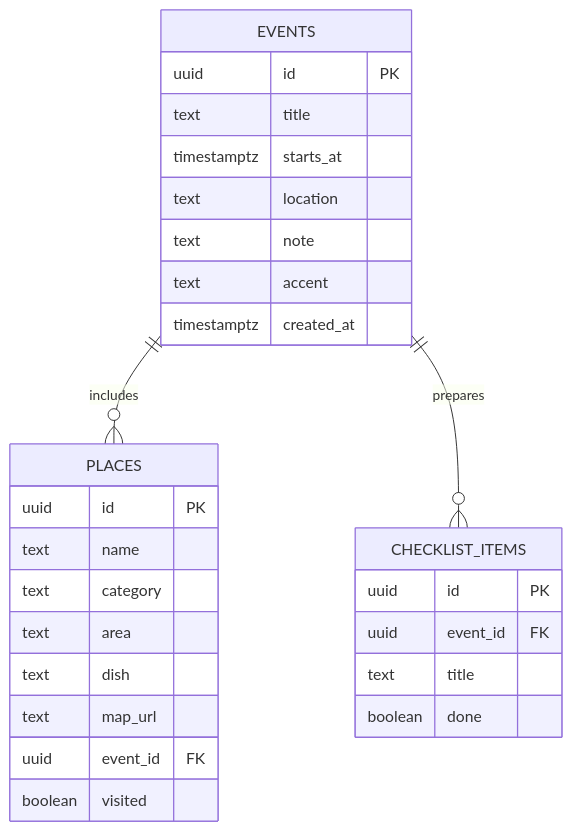
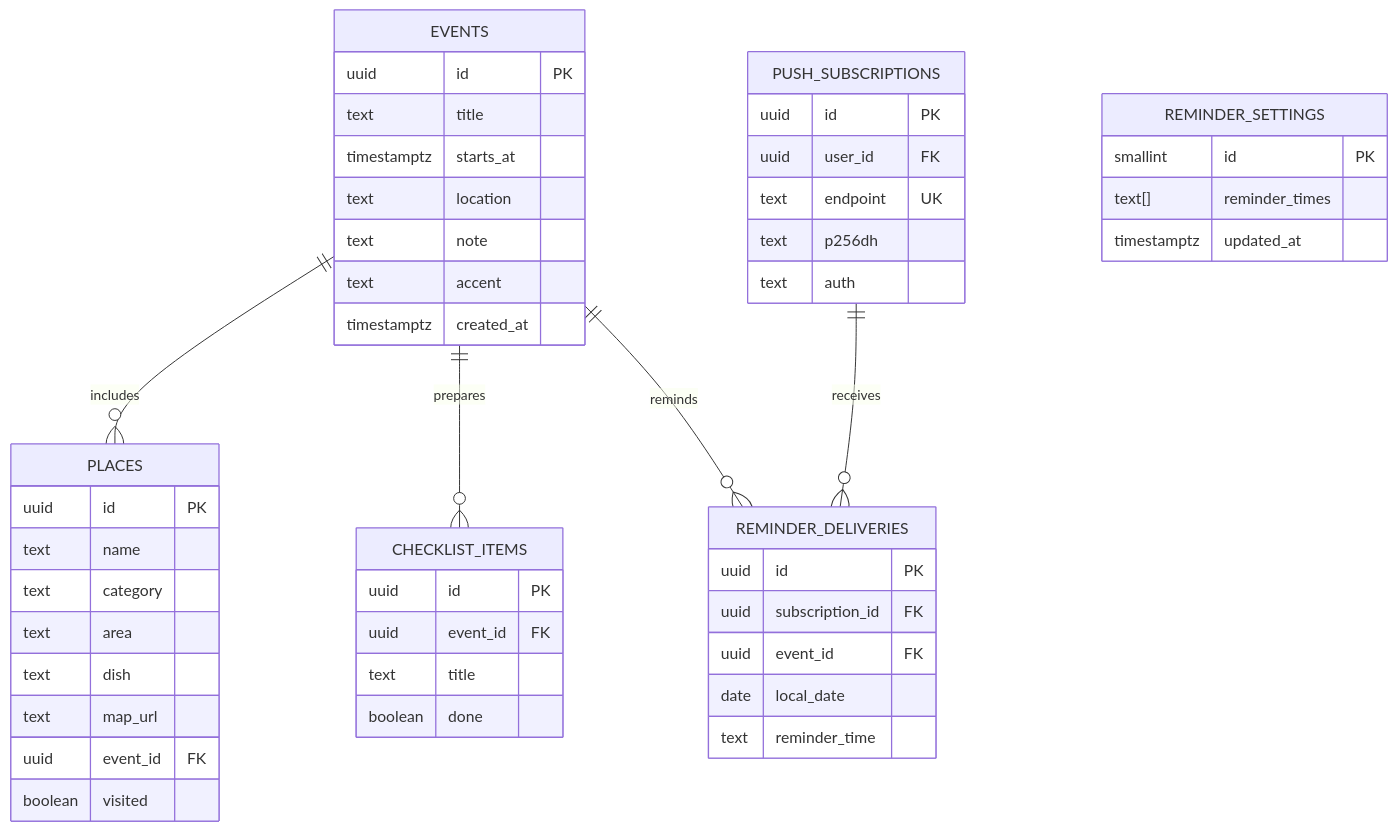
The second of 2 diagrams in docs/ARCHITECTURE.md (tqt97/QNwKu), drawn with Mermaid before and after one commit. The commit also changed other lines of this file and 30 other files, not shown here.

Commit message:
feat: add PWA push reminders and update flow

````diff
--- a/docs/ARCHITECTURE.md
+++ b/docs/ARCHITECTURE.md
@@ -40,30 +53,51 @@
 ```mermaid
 erDiagram
   EVENTS ||--o{ PLACES : includes
   EVENTS ||--o{ CHECKLIST_ITEMS : prepares
+  PUSH_SUBSCRIPTIONS ||--o{ REMINDER_DELIVERIES : receives
+  EVENTS ||--o{ REMINDER_DELIVERIES : reminds
   EVENTS {
     uuid id PK
     text title
     timestamptz starts_at
     text location
     text note
     text accent
     timestamptz created_at
   }
   PLACES {
     uuid id PK
     text name
     text category
     text area
     text dish
     text map_url
     uuid event_id FK
     boolean visited
   }
   CHECKLIST_ITEMS {
     uuid id PK
     uuid event_id FK
     text title
     boolean done
   }
+  REMINDER_SETTINGS {
+    smallint id PK
+    text[] reminder_times
+    timestamptz updated_at
+  }
+  PUSH_SUBSCRIPTIONS {
+    uuid id PK
+    uuid user_id FK
+    text endpoint UK
+    text p256dh
+    text auth
+  }
+  REMINDER_DELIVERIES {
+    uuid id PK
+    uuid subscription_id FK
+    uuid event_id FK
+    date local_date
+    text reminder_time
+  }
 ```
````
